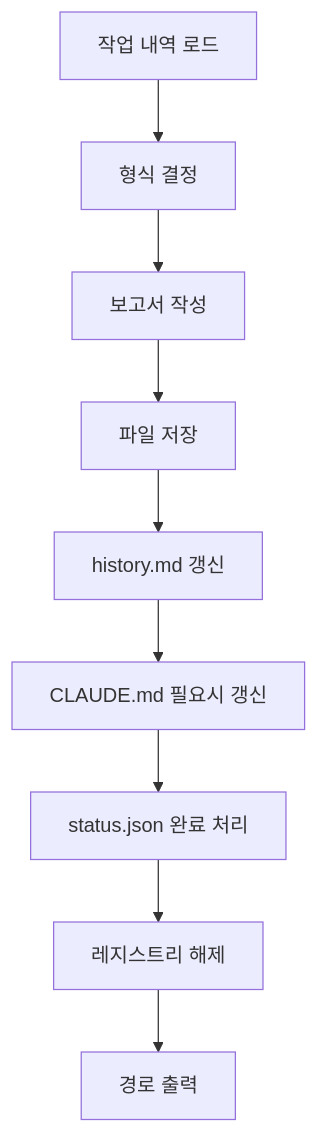
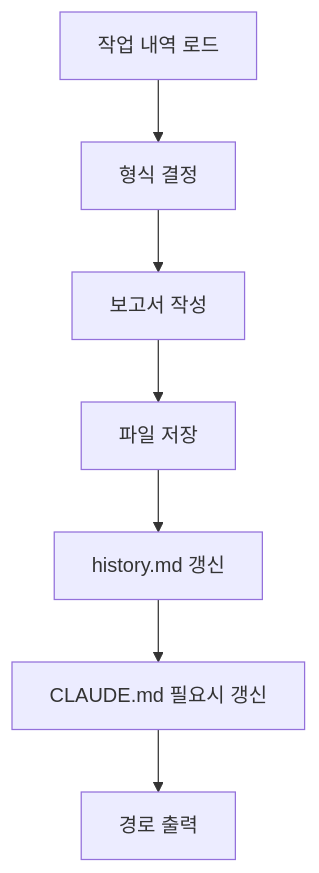
The sixth of 6 diagrams in .claude/skills/workflow-report/SKILL.md (KoreanLeeChangHyun/claude-workflow), drawn with Mermaid before and after one commit. The commit also changed other lines of this file and 30 other files, not shown here.

Commit message:
refactor: SOLID/DDD 검토 기반 워크플로우 시스템 구조 개선

````diff
--- a/.claude/skills/workflow-report/SKILL.md
+++ b/.claude/skills/workflow-report/SKILL.md
@@ -284,11 +272,9 @@
 ```mermaid
 flowchart TD
     A[작업 내역 로드] --> B[형식 결정]
     B --> C[보고서 작성]
     C --> D[파일 저장]
     D --> E[history.md 갱신]
     E --> F[CLAUDE.md 필요시 갱신]
-    F --> G[status.json 완료 처리]
-    G --> H[레지스트리 해제]
-    H --> I[경로 출력]
+    F --> G[경로 출력]
 ```
````
